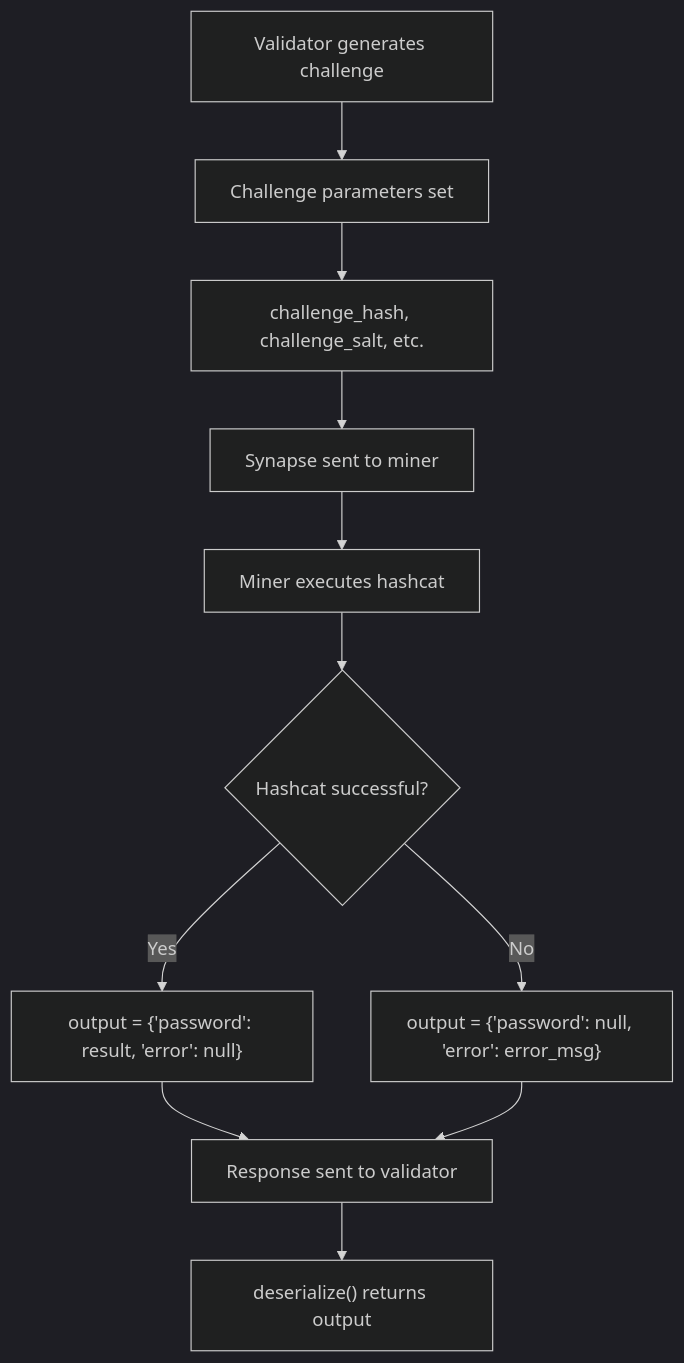
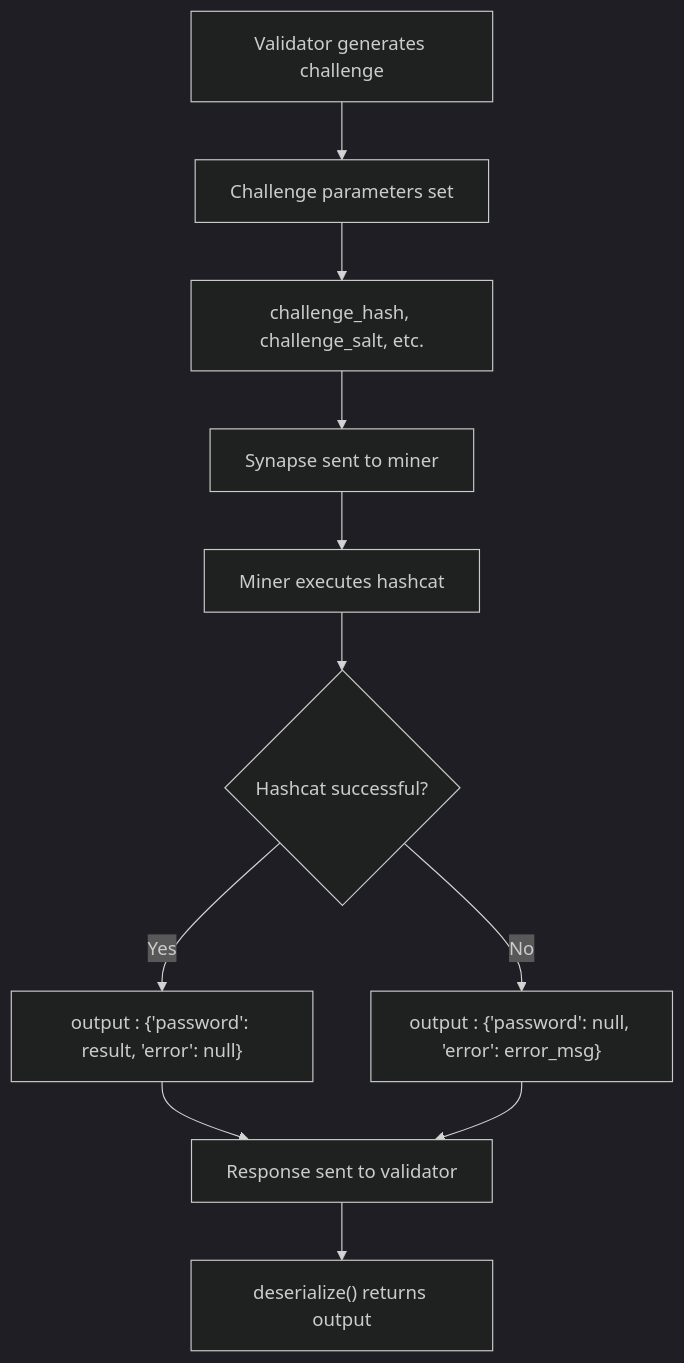
One commit to neuralinternet/docs changed the fifth of 5 diagrams in src/content/docs/communication-protocols/specs-allocate-and-challenge-protocols.mdx. Above: the diagram before and after it, drawn with Mermaid (dark theme). The commit also changed other lines of this file and 184 other files, not shown here.

````diff
--- a/src/content/docs/communication-protocols/specs-allocate-and-challenge-protocols.mdx
+++ b/src/content/docs/communication-protocols/specs-allocate-and-challenge-protocols.mdx
@@ -255,13 +255,13 @@
 ```mermaid
 flowchart TD
     A["Validator generates challenge"] --> B["Challenge parameters set"]
     B --> C["challenge_hash, challenge_salt, etc."]
     C --> D["Synapse sent to miner"]
     D --> E["Miner executes hashcat"]
     E --> F{"Hashcat successful?"}
-    F -->|Yes| G["output = {'password': result, 'error': null}"]
-    F -->|No| H["output = {'password': null, 'error': error_msg}"]
+    F -->|Yes| G["output : {'password': result, 'error': null}"]
+    F -->|No| H["output : {'password': null, 'error': error_msg}"]
     G --> I["Response sent to validator"]
     H --> I
     I --> J["deserialize() returns output"]
 ```
````
